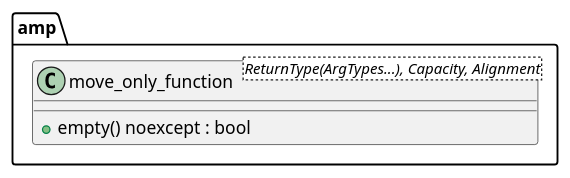
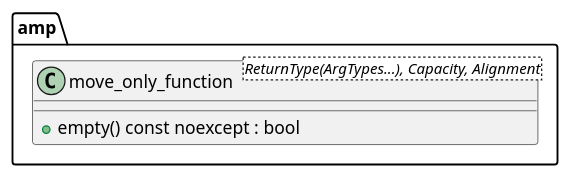
The diagram in validation/core/integration_test/class_design_implementation/negative_duplicate_partial_specialization_design_id/class_diagram_part1.puml (eclipse-score/tooling), drawn with PlantUML before and after one commit. The commit also changed 51 other files, not shown here.

```diff
--- a/validation/core/integration_test/class_design_implementation/negative_duplicate_partial_specialization_design_id/class_diagram_part1.puml
+++ b/validation/core/integration_test/class_design_implementation/negative_duplicate_partial_specialization_design_id/class_diagram_part1.puml
@@ -14,9 +14,9 @@
 @startuml partial_specialization_signature
 
 namespace amp {
     class "move_only_function<ReturnType(ArgTypes...), Capacity, Alignment>" as signature_specialization {
-        + empty() noexcept : bool
+        + empty() const noexcept : bool
     }
 }
 
 @enduml
```
